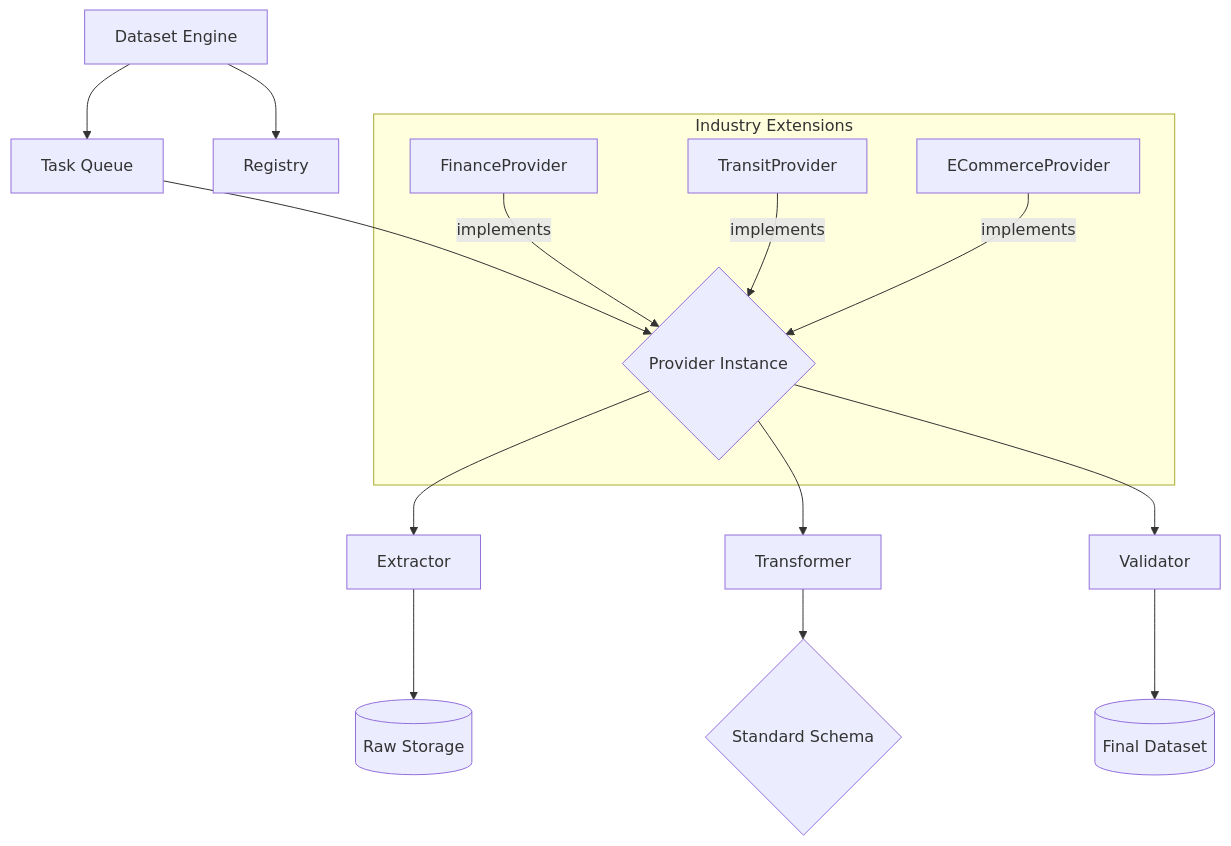
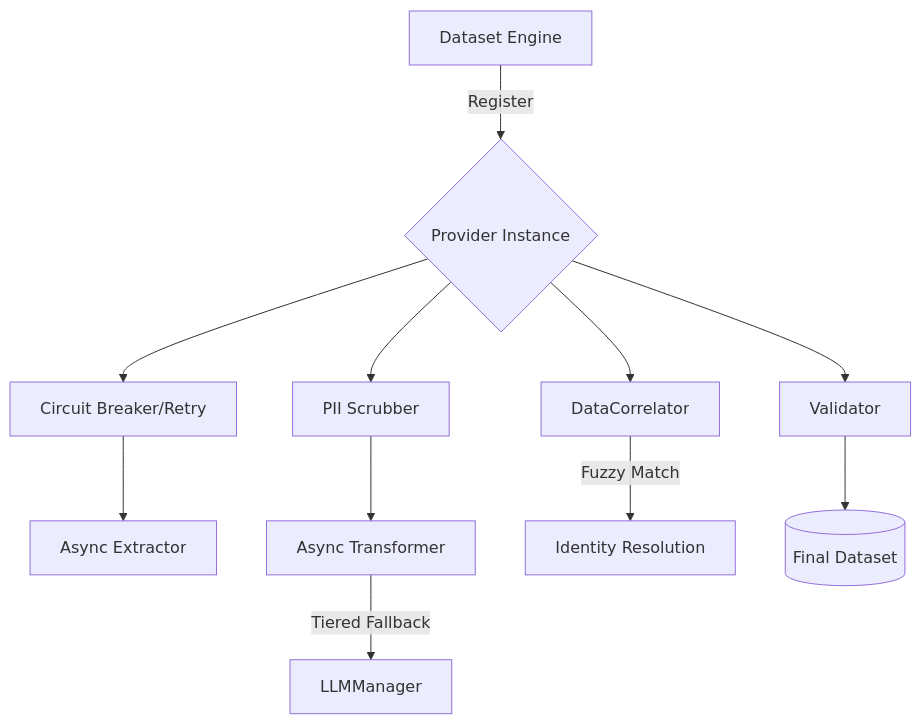
One commit to najeed/ai-agent-eval-harness changed the diagram in docs/dataproc-design/framework_arch.md. Above: the diagram before and after it, drawn with Mermaid. The commit also changed other lines of this file and 55 other files, not shown here.

Commit message:
enhance dataproc engine; build industry logic

````diff
--- a/docs/dataproc-design/framework_arch.md
+++ b/docs/dataproc-design/framework_arch.md
@@ -24,18 +36,13 @@
 ```mermaid
 graph TD
-    A[Dataset Engine] --> B[Registry]
-    A --> C[Task Queue]
-    C --> D{Provider Instance}
-    D --> E[Extractor]
-    D --> F[Transformer]
+    A[Dataset Engine] -->|Register| D{Provider Instance}
+    D --> Resiliency[Circuit Breaker/Retry]
+    Resiliency --> E[Async Extractor]
+    D --> Security[PII Scrubber]
+    Security --> F[Async Transformer]
+    F -->|Tiered Fallback| LLM[LLMManager]
     D --> G[Validator]
-    E --> H[(Raw Storage)]
-    F --> I{Standard Schema}
+    D --> L[DataCorrelator]
+    L -->|Fuzzy Match| identity[Identity Resolution]
     G --> J[(Final Dataset)]
-    
-    subgraph "Industry Extensions"
-    K[FinanceProvider] -- implements --> D
-    L[TransitProvider] -- implements --> D
-    M[ECommerceProvider] -- implements --> D
-    end
 ```
````
